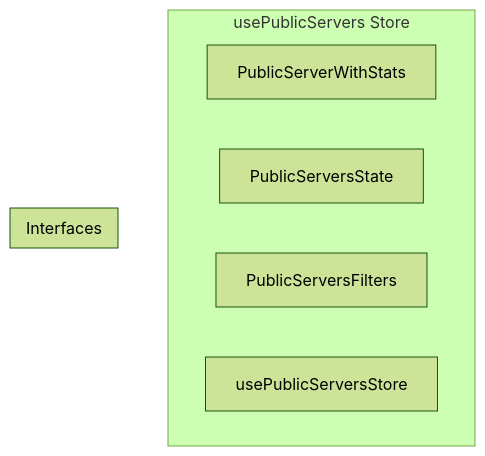
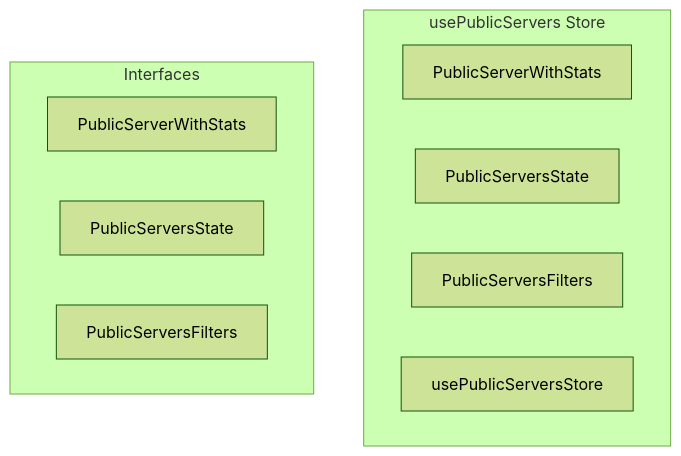
Before and after one commit to y4my4my4m/harmony: the diagram in docs/api/stores/usepublicservers.md, drawn with Mermaid (forest theme). The commit also changed other lines of this file and 350 other files, not shown here.

````diff
--- a/docs/api/stores/usepublicservers.md
+++ b/docs/api/stores/usepublicservers.md
@@ -7,17 +7,15 @@
 ```mermaid
 graph TB
     subgraph "usePublicServers Store"
         PUBLICSERVERWITHSTATS[PublicServerWithStats]
         PUBLICSERVERSSTATE[PublicServersState]
         PUBLICSERVERSFILTERS[PublicServersFilters]
         USEPUBLICSERVERSSTORE[usePublicServersStore]
     end
     
-    
-    
     subgraph "Interfaces"
-        PUBLICSERVERWITHSTATS[PublicServerWithStats]
-        PUBLICSERVERSSTATE[PublicServersState]
-        PUBLICSERVERSFILTERS[PublicServersFilters]
+        INT_PUBLICSERVERWITHSTATS[PublicServerWithStats]
+        INT_PUBLICSERVERSSTATE[PublicServersState]
+        INT_PUBLICSERVERSFILTERS[PublicServersFilters]
     end
 ```
````
